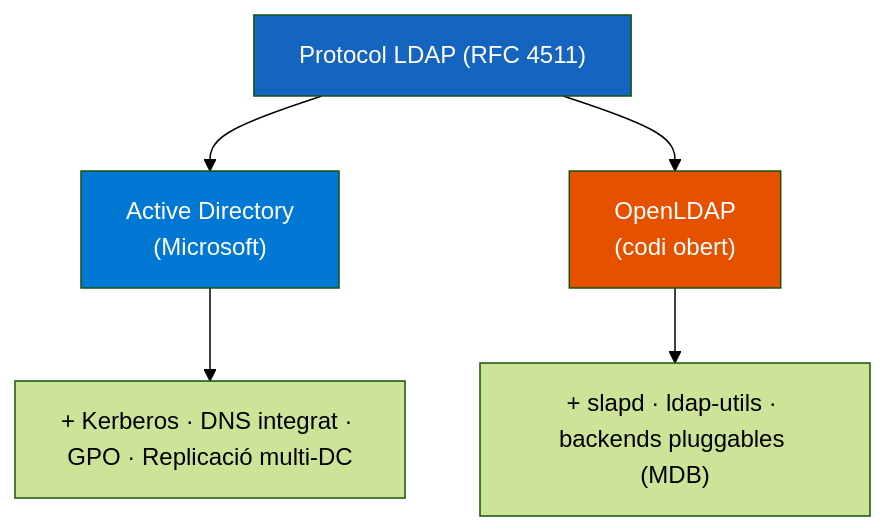
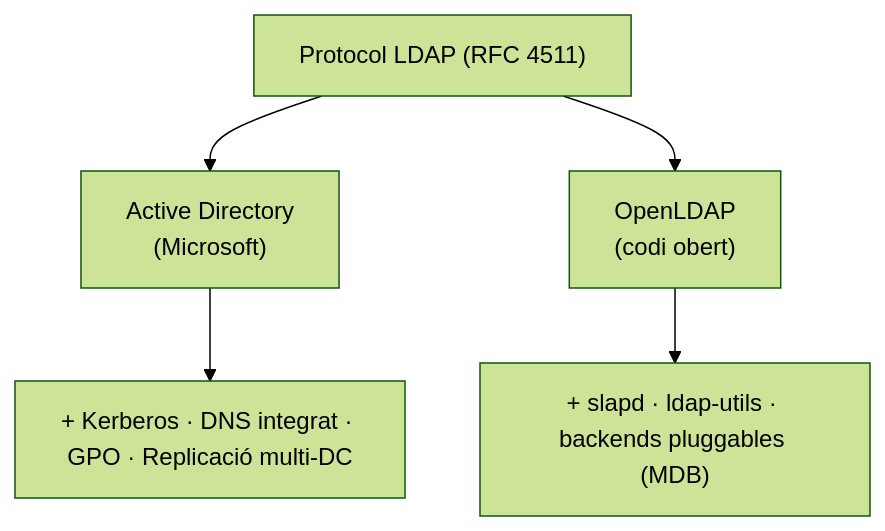
One commit to xtartera/TartyDocs changed the diagram in docs/ut2/bloc3-ldap-conceptes/11-ldap-vs-active-directory.md. Above: the diagram before and after it, drawn with Mermaid (forest theme). The commit also changed 15 other files, not shown here.

First line of the commit message:
ut2: elimina style directives dels diagrames mermaid (18 fitxers)

````diff
--- a/docs/ut2/bloc3-ldap-conceptes/11-ldap-vs-active-directory.md
+++ b/docs/ut2/bloc3-ldap-conceptes/11-ldap-vs-active-directory.md
@@ -20,11 +20,8 @@
     ```mermaid
     graph TD
         LDAP["Protocol LDAP (RFC 4511)"] --> AD["Active Directory\n(Microsoft)"]
         LDAP --> OL["OpenLDAP\n(codi obert)"]
         AD --> AD2["+ Kerberos · DNS integrat · GPO · Replicació multi-DC"]
         OL --> OL2["+ slapd · ldap-utils · backends pluggables (MDB)"]
 
-        style LDAP fill:#1565C0,color:#fff
-        style AD fill:#0078D4,color:#fff
-        style OL fill:#E65100,color:#fff
     ```
````
